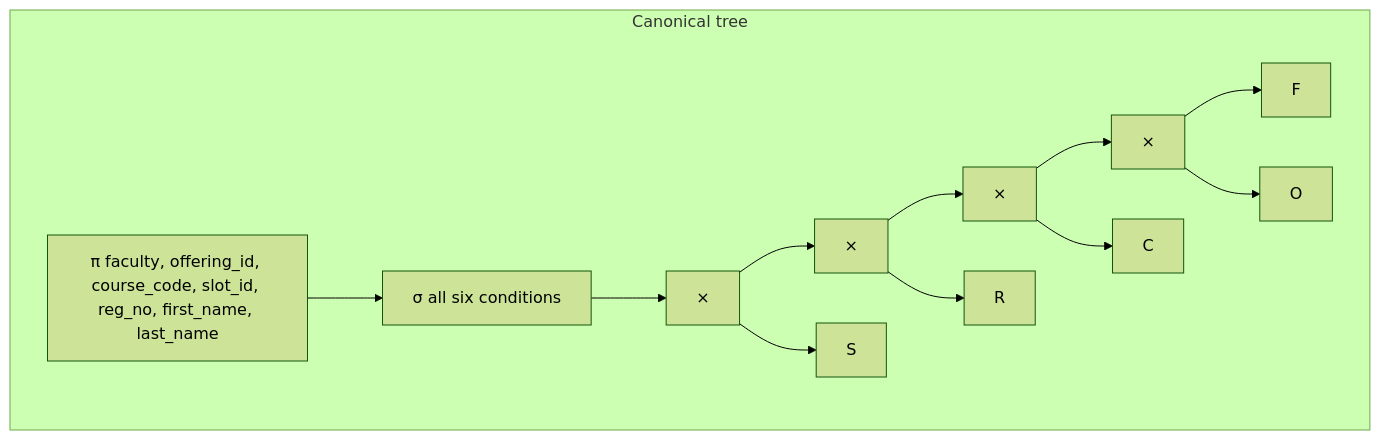
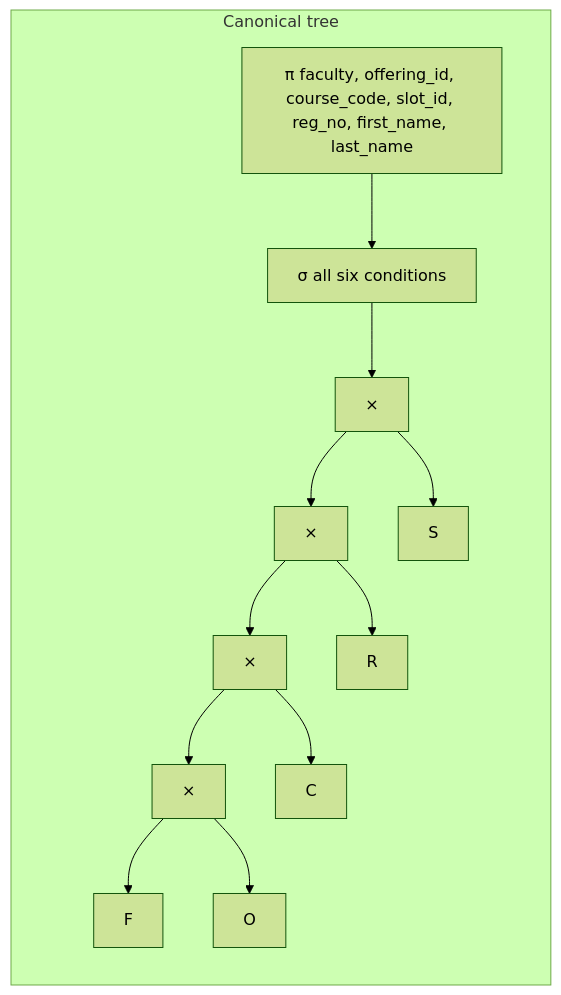
The ninth of 10 diagrams in docs/query-processing.md (ir1101/SlotRush), drawn with Mermaid (forest theme) before and after one commit. The commit also changed other lines of this file, not shown here.

````diff
--- a/docs/query-processing.md
+++ b/docs/query-processing.md
@@ -273,14 +344,15 @@
 ```mermaid
 flowchart TB
     subgraph canonical["Canonical tree"]
+        direction TB
         p1["π faculty, offering_id, course_code, slot_id, reg_no, first_name, last_name"] --> s1["σ all six conditions"] --> x4["×"]
         x4 --> x3["×"]
         x4 --> S1["S"]
         x3 --> x2["×"]
         x3 --> R1["R"]
         x2 --> x1["×"]
         x2 --> C1["C"]
         x1 --> F1["F"]
         x1 --> O1["O"]
     end
 ```
````
